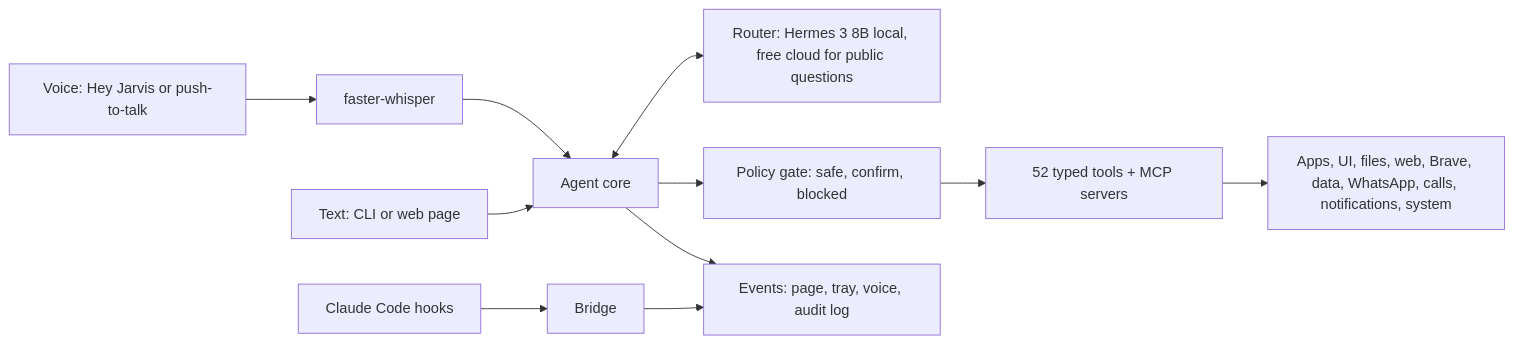
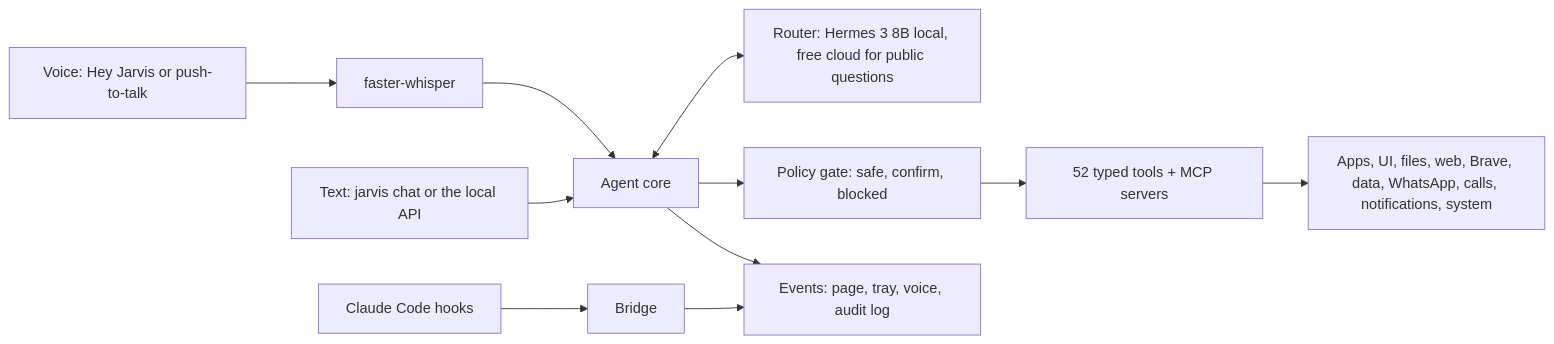
The diagram in README.md (PreeyasTumulu/JARVIS), drawn with Mermaid before and after one commit. The commit also changed other lines of this file and 10 other files, not shown here.

````diff
--- a/README.md
+++ b/README.md
@@ -54,12 +54,12 @@
 ```mermaid
 flowchart LR
   V[Voice: Hey Jarvis or push-to-talk] --> STT[faster-whisper]
   STT --> A[Agent core]
-  T[Text: CLI or web page] --> A
+  T[Text: jarvis chat or the local API] --> A
   A <--> M[Router: Hermes 3 8B local, free cloud for public questions]
   A --> P[Policy gate: safe, confirm, blocked]
   P --> R[52 typed tools + MCP servers]
   R --> W[Apps, UI, files, web, Brave, data, WhatsApp, calls, notifications, system]
   A --> E[Events: page, tray, voice, audit log]
   C[Claude Code hooks] --> B[Bridge] --> E
 ```
````
